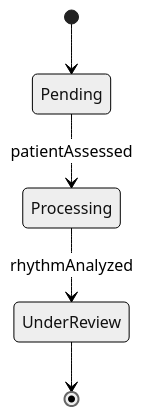
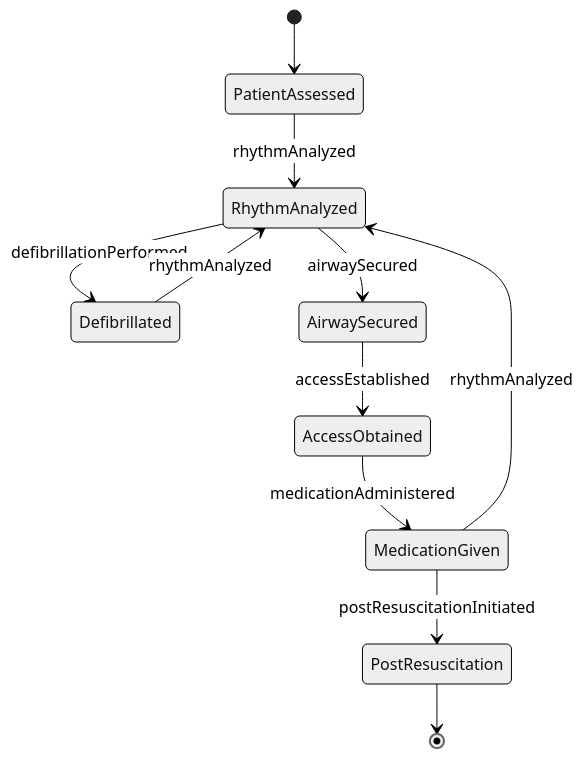
Before and after one commit to dot-org-ai/tasks.org.ai: the second of 4 diagrams in AssistingAndCaringForOthers/AdministerEmergencyMedicalTreatment/ImplementAdvancedLifeSupportTechniques.mdx, drawn with Mermaid (neutral theme). The commit also changed other lines of this file and 32 other files, not shown here.

First line of the commit message:
fix: Improve ER and State diagrams in 32 AssistingAndCaringForOthers DWA files

````diff
--- a/AssistingAndCaringForOthers/AdministerEmergencyMedicalTreatment/ImplementAdvancedLifeSupportTechniques.mdx
+++ b/AssistingAndCaringForOthers/AdministerEmergencyMedicalTreatment/ImplementAdvancedLifeSupportTechniques.mdx
@@ -99,7 +99,13 @@
 ```mermaid
 stateDiagram-v2
-    [*] --> Pending
-    Pending --> Processing : patientAssessed
-    Processing --> UnderReview : rhythmAnalyzed
-    UnderReview --> [*]
+    [*] --> PatientAssessed
+    PatientAssessed --> RhythmAnalyzed : rhythmAnalyzed
+    RhythmAnalyzed --> Defibrillated : defibrillationPerformed
+    RhythmAnalyzed --> AirwaySecured : airwaySecured
+    Defibrillated --> RhythmAnalyzed : rhythmAnalyzed
+    AirwaySecured --> AccessObtained : accessEstablished
+    AccessObtained --> MedicationGiven : medicationAdministered
+    MedicationGiven --> RhythmAnalyzed : rhythmAnalyzed
+    MedicationGiven --> PostResuscitation : postResuscitationInitiated
+    PostResuscitation --> [*]
 ```
````
